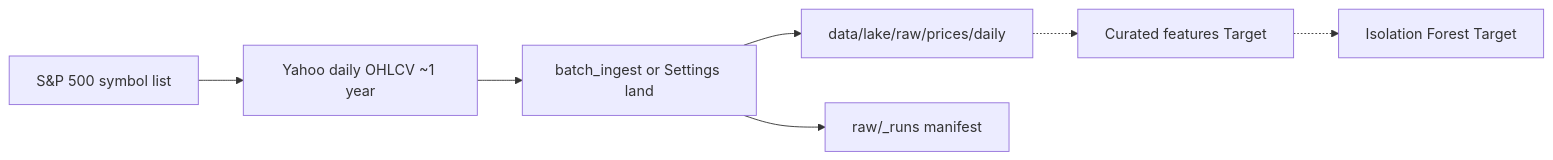
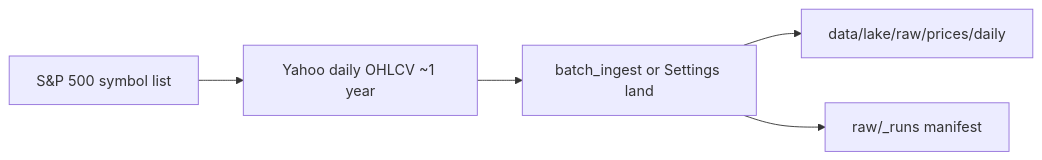
The fifth of 10 diagrams in docs/architecture.md (sameerde4/ticker-alert-system), drawn with Mermaid before and after one commit. The commit also changed other lines of this file and 3 other files, not shown here.

````diff
--- a/docs/architecture.md
+++ b/docs/architecture.md
@@ -171,9 +222,7 @@
 ```mermaid
 flowchart LR
     SP[S&P 500 symbol list] --> YF[Yahoo daily OHLCV ~1 year]
     YF --> LAND[batch_ingest or Settings land]
     LAND --> RAW[data/lake/raw/prices/daily]
     LAND --> MAN[raw/_runs manifest]
-    RAW -.-> CURATE[Curated features Target]
-    CURATE -.-> TRAIN[Isolation Forest Target]
 ```
````
